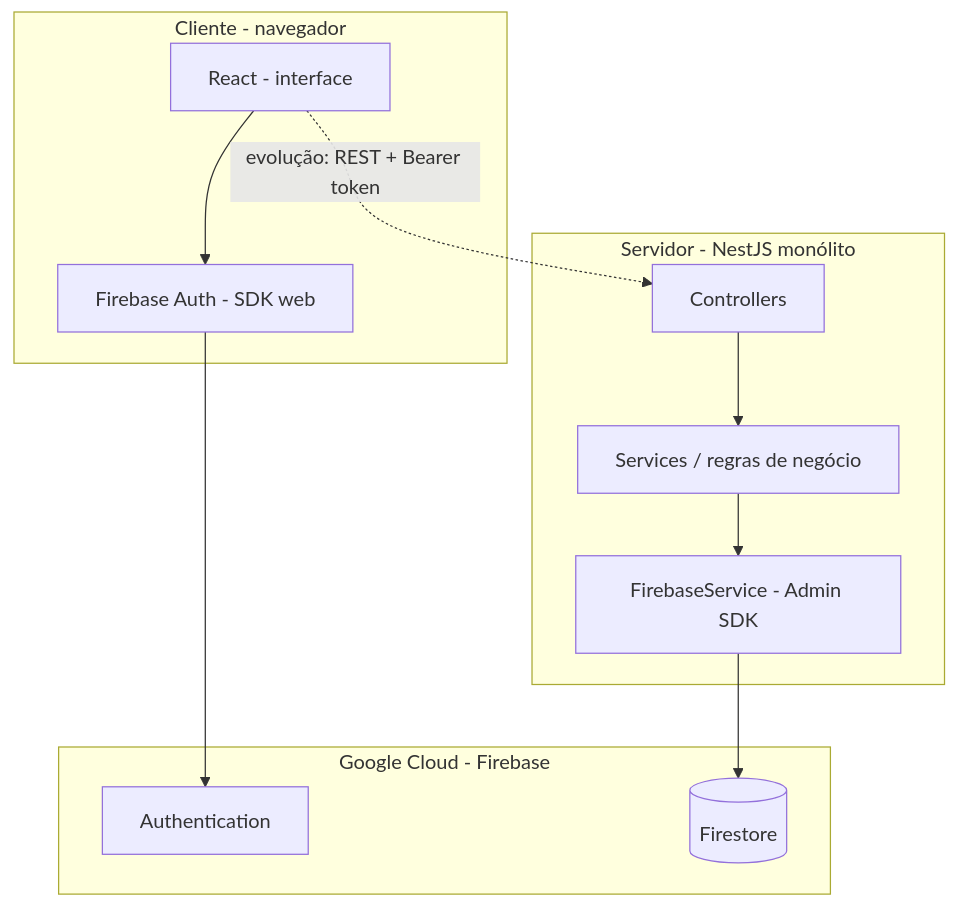
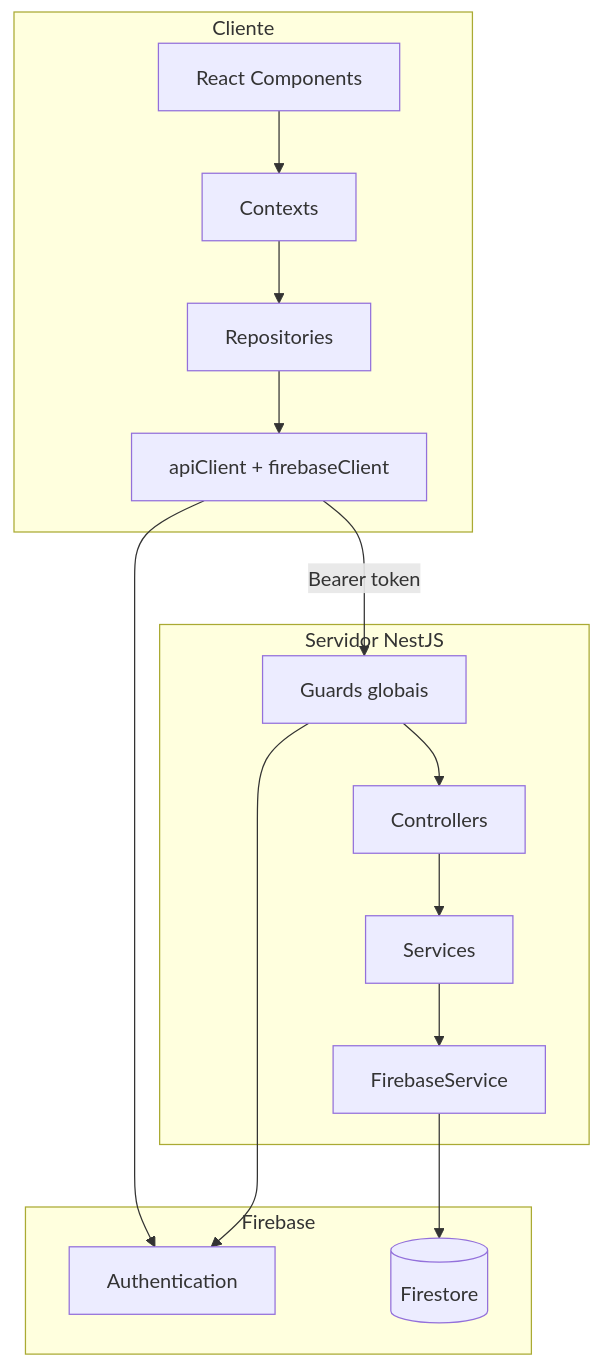
Before and after one commit to vyzin-app/vyzin: the first of 2 diagrams in docs/DOCUMENTACAO_TECNICA.md, drawn with Mermaid. The commit also changed other lines of this file and 132 other files, not shown here.

````diff
--- a/docs/DOCUMENTACAO_TECNICA.md
+++ b/docs/DOCUMENTACAO_TECNICA.md
@@ -51,22 +28,26 @@
 ```mermaid
 flowchart TB
-  subgraph client [Cliente - navegador]
-    UI[React - interface]
-    FBAuth[Firebase Auth - SDK web]
+  subgraph client [Cliente]
+    UI[React Components]
+    CTX[Contexts]
+    REPO[Repositories]
+    API_CLIENT[apiClient + firebaseClient]
   end
-  subgraph server [Servidor - NestJS monólito]
-    C[Controllers]
-    S[Services / regras de negócio]
-    FSrv[FirebaseService - Admin SDK]
+
+  subgraph server [Servidor NestJS]
+    GUARDS[Guards globais]
+    CTRL[Controllers]
+    SVC[Services]
+    FB_SRV[FirebaseService]
   end
-  subgraph google [Google Cloud - Firebase]
-    AuthSvc[Authentication]
-    Firestore[(Firestore)]
+
+  subgraph firebase [Firebase]
+    AUTH[Authentication]
+    FS[(Firestore)]
   end
-  UI --> FBAuth
-  UI -.->|"evolução: REST + Bearer token"| C
-  C --> S
-  S --> FSrv
-  FSrv --> Firestore
-  FBAuth --> AuthSvc
+
+  UI --> CTX --> REPO --> API_CLIENT
+  API_CLIENT -->|Bearer token| GUARDS --> CTRL --> SVC --> FB_SRV --> FS
+  API_CLIENT --> AUTH
+  GUARDS --> AUTH
 ```
````
